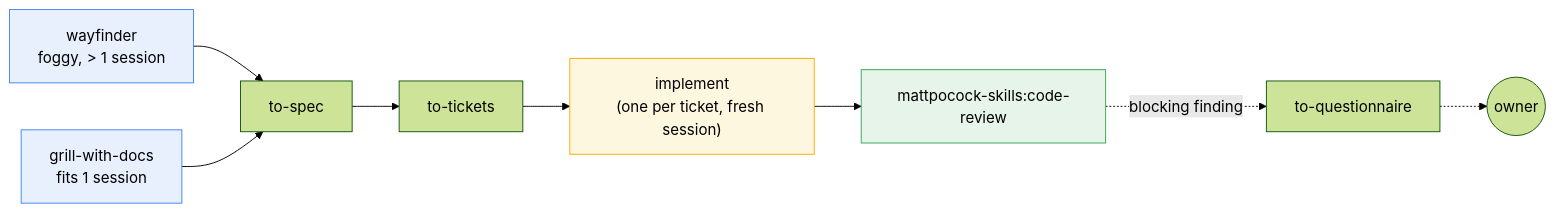
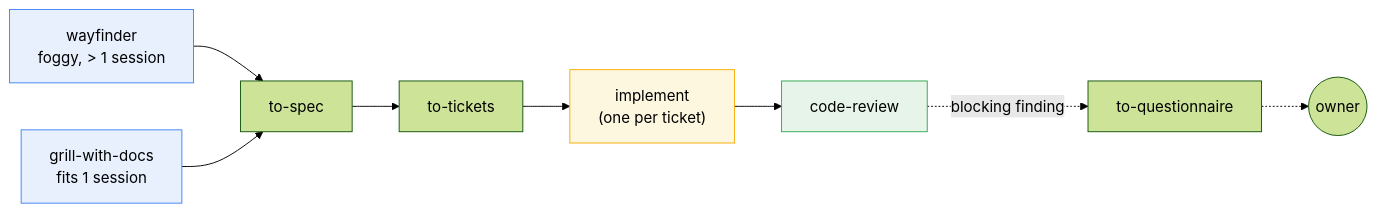
Before and after one commit to thientranhung/astragentic: the first of 3 diagrams in README.md, drawn with Mermaid (forest theme). The commit also changed other lines of this file and 1 other file, not shown here.

````diff
--- a/README.md
+++ b/README.md
@@ -122,14 +100,14 @@
 ```mermaid
 flowchart LR
     A["wayfinder\nfoggy, > 1 session"] --> C[to-spec]
     B["grill-with-docs\nfits 1 session"] --> C
     C --> D[to-tickets]
-    D --> E["implement\n(one per ticket, fresh session)"]
-    E --> F["mattpocock-skills:code-review"]
+    D --> E["implement\n(one per ticket)"]
+    E --> F["code-review"]
     F -.->|blocking finding| Q[to-questionnaire] -.-> Owner((owner))
 
     style A fill:#e8f0fe,stroke:#4285f4
     style B fill:#e8f0fe,stroke:#4285f4
     style E fill:#fef7e0,stroke:#f9ab00
     style F fill:#e6f4ea,stroke:#34a853
 ```
````
